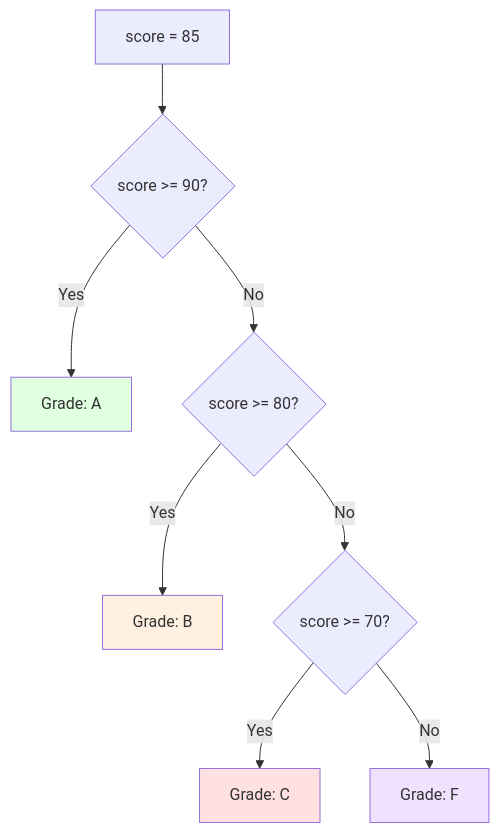
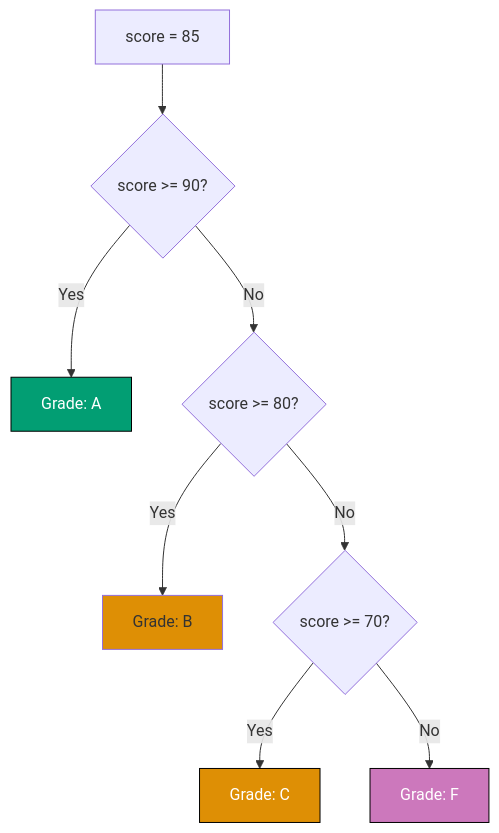
One commit to wahidyankf/open-sharia-enterprise changed the diagram in docs/tutorials/software-engineering/programming-languages/java/tu-se-pl-ja__quick-start.md. Above: the diagram before and after it, drawn with Mermaid. The commit also changed other lines of this file and 22 other files, not shown here.

First line of the commit message:
docs(diagrams): ensure all mermaid diagrams use color-blind friendly palette

````diff
--- a/docs/tutorials/software-engineering/programming-languages/java/tu-se-pl-ja__quick-start.md
+++ b/docs/tutorials/software-engineering/programming-languages/java/tu-se-pl-ja__quick-start.md
@@ -144,15 +147,15 @@
 ```mermaid
 graph TD
     A["score = 85"] --> B{"score >= 90?"}
     B -->|Yes| C["Grade: A"]
     B -->|No| D{"score >= 80?"}
     D -->|Yes| E["Grade: B"]
     D -->|No| F{"score >= 70?"}
     F -->|Yes| G["Grade: C"]
     F -->|No| H["Grade: F"]
 
-    style C fill:#e1ffe1
-    style E fill:#fff0e1
-    style G fill:#ffe1e1
-    style H fill:#f0e1ff
+    style C fill:#029E73,stroke:#000000,color:#FFFFFF
+    style E fill:#DE8F05
+    style G fill:#DE8F05,stroke:#000000,color:#FFFFFF
+    style H fill:#CC78BC,stroke:#000000,color:#FFFFFF
 ```
````
